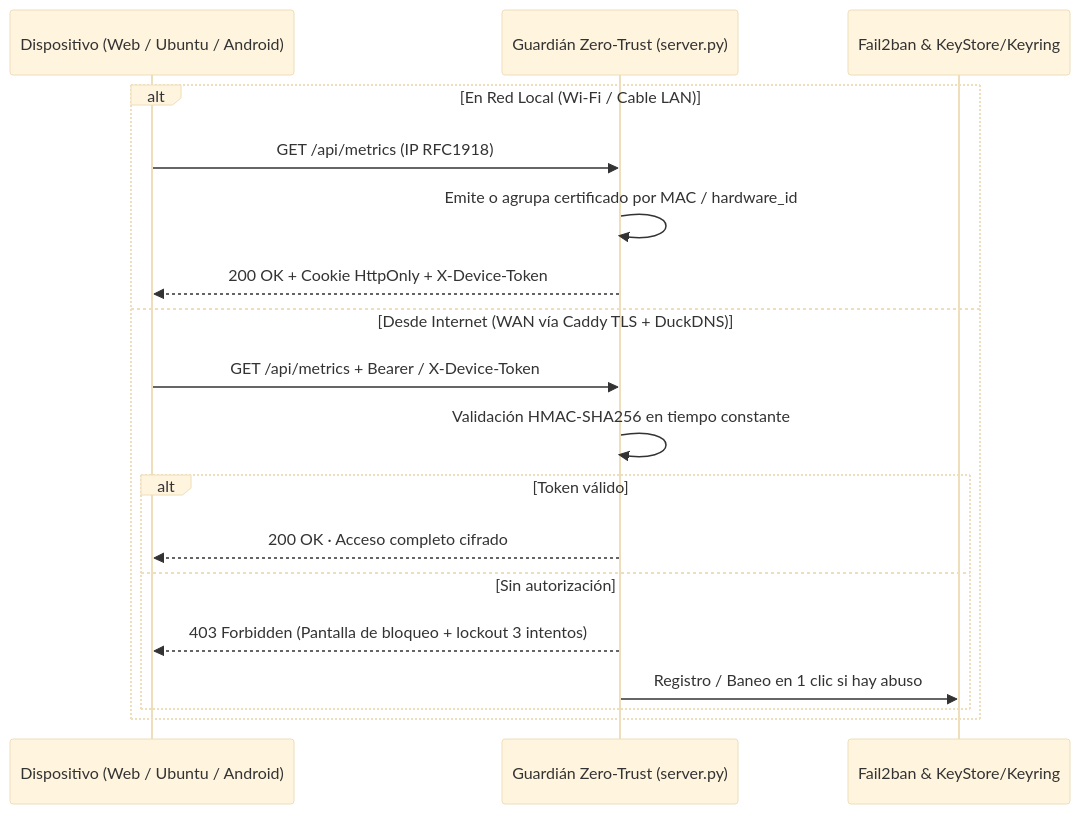
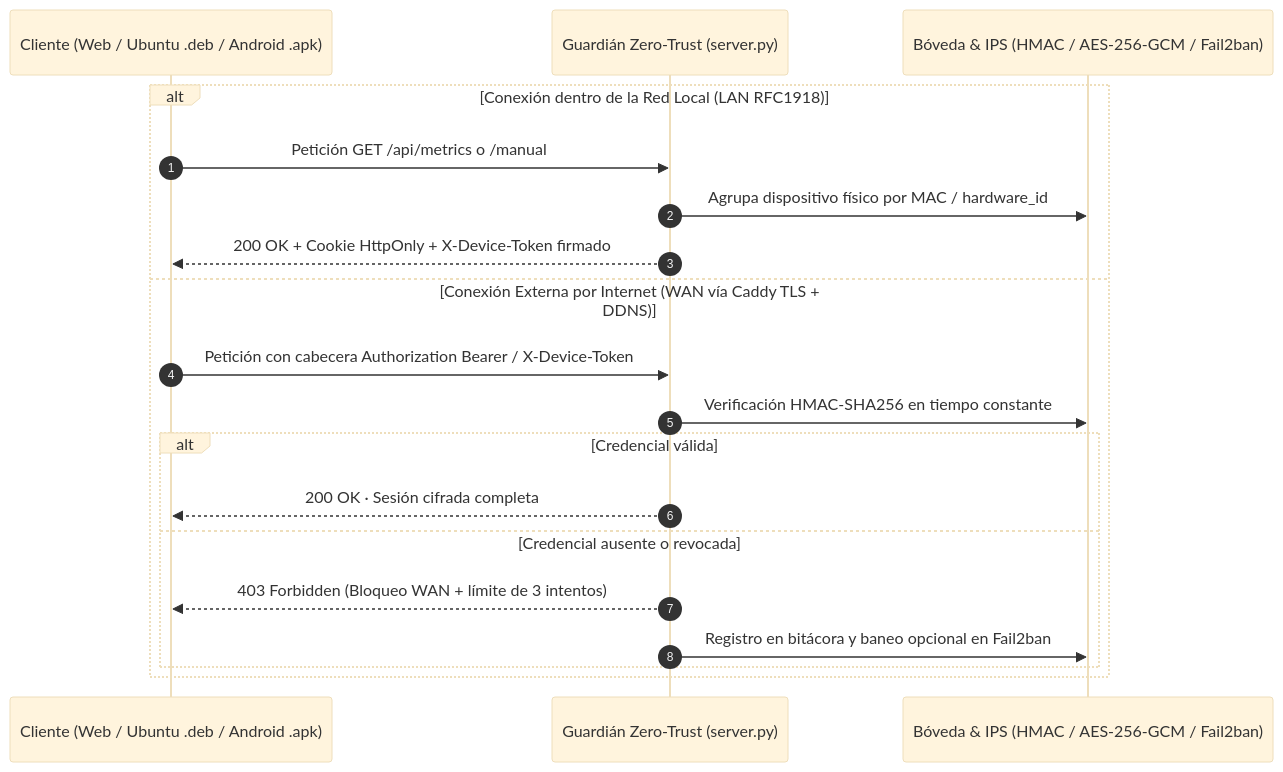
Before and after one commit to cminewarIA/recursos-ui: the third of 3 diagrams in README.md, drawn with Mermaid (base theme). The commit also changed other lines of this file and 10 other files, not shown here.

Commit message:
docs(v12.1.1): nuevo README.md creado desde cero con diagramas visuales y resumen limpio (v2B.1.1)

````diff
--- a/README.md
+++ b/README.md
@@ -142,21 +123,22 @@
 ```mermaid
 sequenceDiagram
-    participant Cliente as Dispositivo (Web / Ubuntu / Android)
-    participant Server as Guardián Zero-Trust (server.py)
-    participant IPS as Fail2ban & KeyStore/Keyring
+    autonumber
+    participant C as Cliente (Web / Ubuntu .deb / Android .apk)
+    participant S as Guardián Zero-Trust (server.py)
+    participant V as Bóveda & IPS (HMAC / AES-256-GCM / Fail2ban)
 
-    alt En Red Local (Wi-Fi / Cable LAN)
-        Cliente->>Server: GET /api/metrics (IP RFC1918)
-        Server->>Server: Emite o agrupa certificado por MAC / hardware_id
-        Server-->>Cliente: 200 OK + Cookie HttpOnly + X-Device-Token
-    else Desde Internet (WAN vía Caddy TLS + DuckDNS)
-        Cliente->>Server: GET /api/metrics + Bearer / X-Device-Token
-        Server->>Server: Validación HMAC-SHA256 en tiempo constante
-        alt Token válido
-            Server-->>Cliente: 200 OK · Acceso completo cifrado
-        else Sin autorización
-            Server-->>Cliente: 403 Forbidden (Pantalla de bloqueo + lockout 3 intentos)
-            Server->>IPS: Registro / Baneo en 1 clic si hay abuso
+    alt Conexión dentro de la Red Local (LAN RFC1918)
+        C->>S: Petición GET /api/metrics o /manual
+        S->>V: Agrupa dispositivo físico por MAC / hardware_id
+        S-->>C: 200 OK + Cookie HttpOnly + X-Device-Token firmado
+    else Conexión Externa por Internet (WAN vía Caddy TLS + DDNS)
+        C->>S: Petición con cabecera Authorization Bearer / X-Device-Token
+        S->>V: Verificación HMAC-SHA256 en tiempo constante
+        alt Credencial válida
+            S-->>C: 200 OK · Sesión cifrada completa
+        else Credencial ausente o revocada
+            S-->>C: 403 Forbidden (Bloqueo WAN + límite de 3 intentos)
+            S->>V: Registro en bitácora y baneo opcional en Fail2ban
         end
     end
 ```
````
